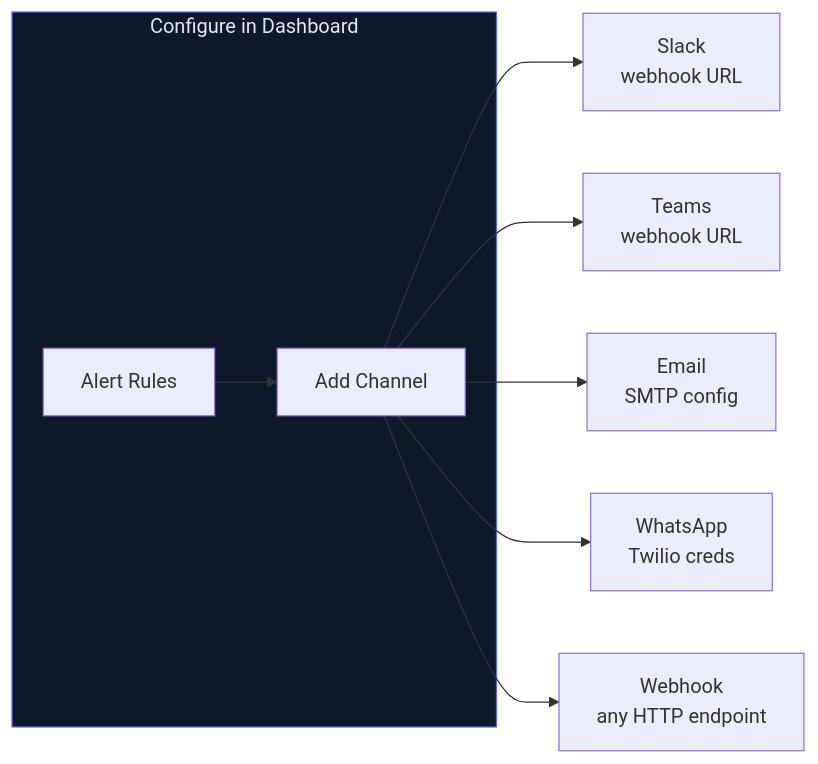
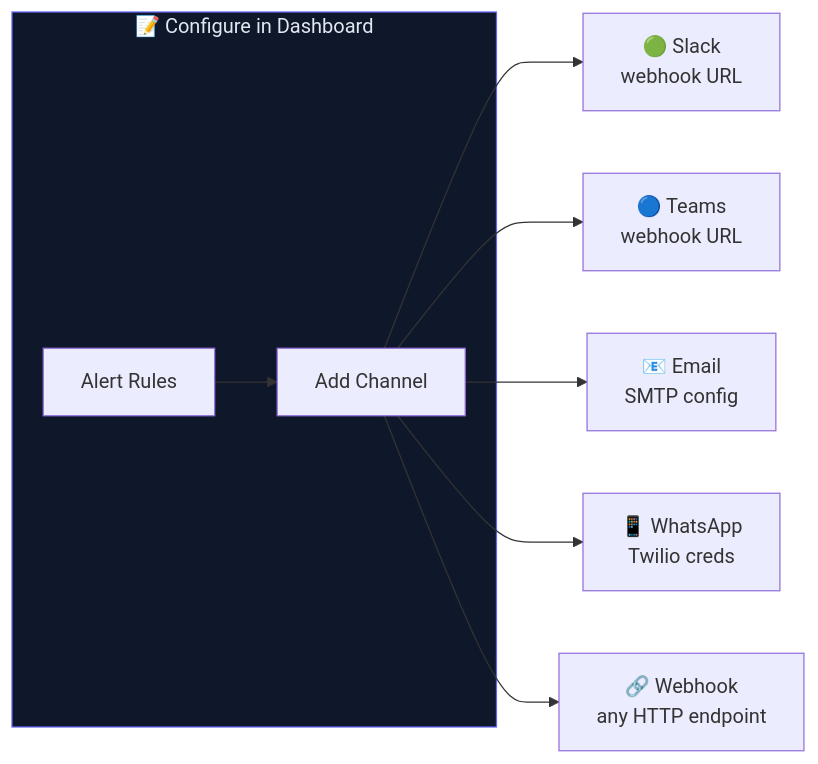
One commit to Akshatsainiaks/srevox changed the seventh of 10 diagrams in README.md. Above: the diagram before and after it, drawn with Mermaid. The commit also changed other lines of this file, not shown here.

````diff
--- a/README.md
+++ b/README.md
@@ -679,14 +679,14 @@
 ```mermaid
 graph LR
-    subgraph CONFIG["Configure in Dashboard"]
+    subgraph CONFIG["📝 Configure in Dashboard"]
         A[Alert Rules] --> B[Add Channel]
     end
 
-    B --> SL[Slack\nwebhook URL]
-    B --> TE[Teams\nwebhook URL]
-    B --> EM[Email\nSMTP config]
-    B --> WA[WhatsApp\nTwilio creds]
-    B --> WH[Webhook\nany HTTP endpoint]
+    B --> SL[🟢 Slack\nwebhook URL]
+    B --> TE[🔵 Teams\nwebhook URL]
+    B --> EM[📧 Email\nSMTP config]
+    B --> WA[📱 WhatsApp\nTwilio creds]
+    B --> WH[🔗 Webhook\nany HTTP endpoint]
 
     style CONFIG fill:#0f172a,stroke:#6366f1,color:#e2e8f0
 ```
````
